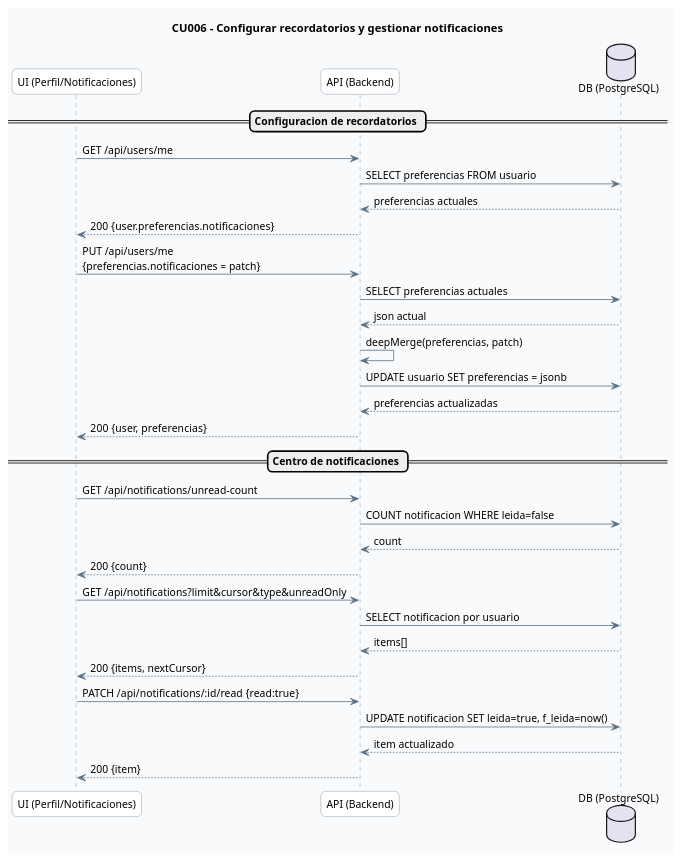
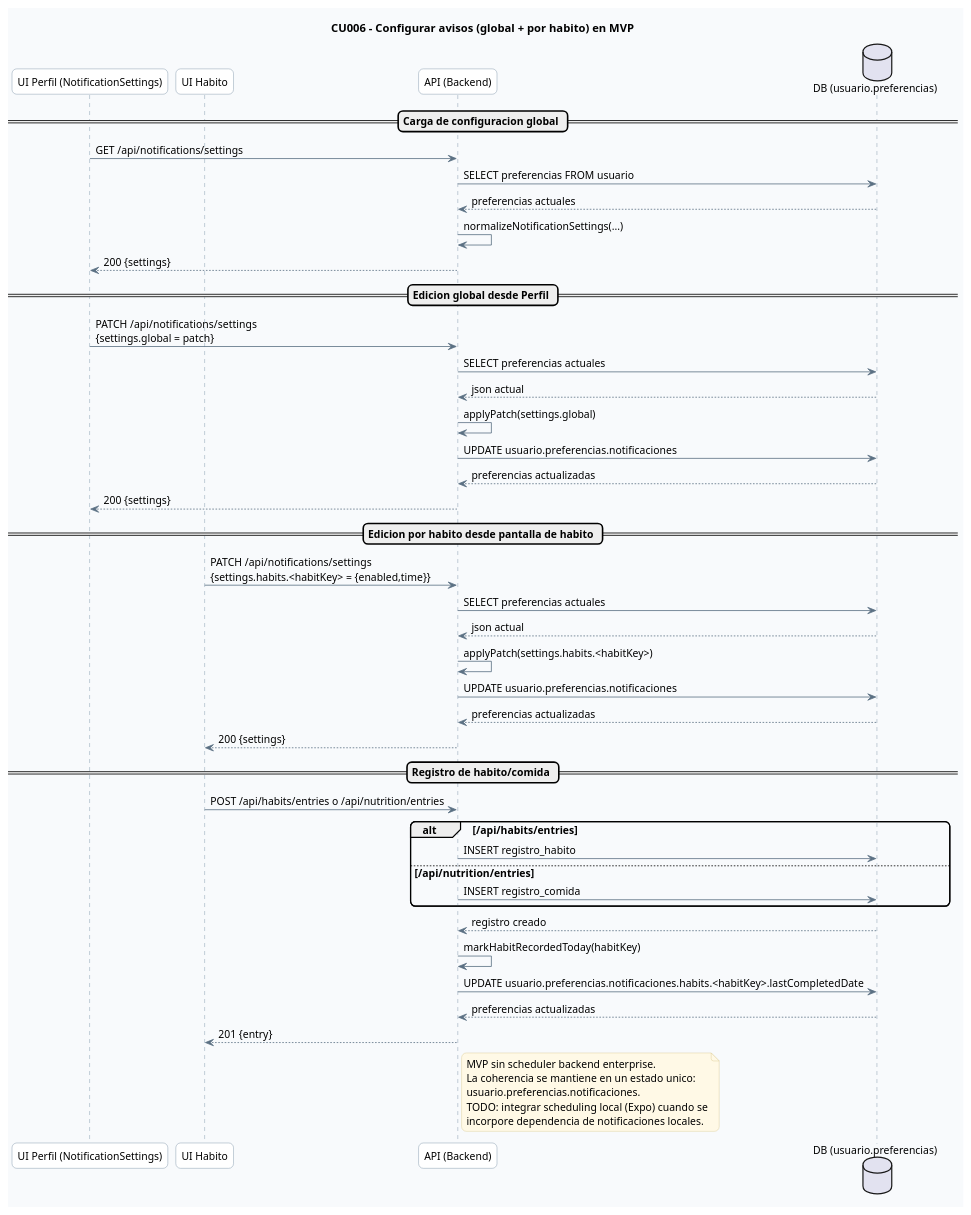
One commit to TPerez13/TFG changed the diagram in docs/diagrams/cap4/06_seq_cu006_recordatorios.puml. Above: the diagram before and after it, drawn with PlantUML. The commit also changed 30 other files, not shown here.

First line of the commit message:
feat: add reminder time functionality for habits and update notification settings structure

```diff
--- a/docs/diagrams/cap4/06_seq_cu006_recordatorios.puml
+++ b/docs/diagrams/cap4/06_seq_cu006_recordatorios.puml
@@ -1,66 +1,73 @@
 @startuml
-' CAP4 - 06 Secuencia CU006 Recordatorios/Notificaciones
+' CAP4 - 06 Secuencia CU006 Avisos MVP
 
 skinparam backgroundColor #F8FAFC
 skinparam shadowing false
 skinparam roundcorner 12
 skinparam defaultFontName Segoe UI
 skinparam defaultFontSize 13
 skinparam ArrowColor #5B7083
 skinparam ArrowThickness 1
 skinparam sequence {
   LifeLineBorderColor #6E879D
   LifeLineBackgroundColor #FFFFFF
   ParticipantBorderColor #6E879D
   ParticipantBackgroundColor #FFFFFF
 }
 skinparam noteBackgroundColor #FFF9E6
 skinparam noteBorderColor #D7C58A
 
-title CU006 - Configurar recordatorios y gestionar notificaciones
+title CU006 - Configurar avisos (global + por habito) en MVP
 
-participant "UI (Perfil/Notificaciones)" as UI
+participant "UI Perfil (NotificationSettings)" as UI_PROFILE
+participant "UI Habito" as UI_HABIT
 participant "API (Backend)" as API
-database "DB (PostgreSQL)" as DB
+database "DB (usuario.preferencias)" as DB
 
-== Configuracion de recordatorios ==
-UI -> API: GET /api/users/me
+== Carga de configuracion global ==
+UI_PROFILE -> API: GET /api/notifications/settings
 API -> DB: SELECT preferencias FROM usuario
 DB --> API: preferencias actuales
-API --> UI: 200 {user.preferencias.notificaciones}
+API -> API: normalizeNotificationSettings(...)
+API --> UI_PROFILE: 200 {settings}
 
-UI -> API: PUT /api/users/me\n{preferencias.notificaciones = patch}
+== Edicion global desde Perfil ==
+UI_PROFILE -> API: PATCH /api/notifications/settings\n{settings.global = patch}
 API -> DB: SELECT preferencias actuales
 DB --> API: json actual
-API -> API: deepMerge(preferencias, patch)
-API -> DB: UPDATE usuario SET preferencias = jsonb
+API -> API: applyPatch(settings.global)
+API -> DB: UPDATE usuario.preferencias.notificaciones
 DB --> API: preferencias actualizadas
-API --> UI: 200 {user, preferencias}
+API --> UI_PROFILE: 200 {settings}
 
-== Centro de notificaciones ==
-UI -> API: GET /api/notifications/unread-count
-API -> DB: COUNT notificacion WHERE leida=false
-DB --> API: count
-API --> UI: 200 {count}
+== Edicion por habito desde pantalla de habito ==
+UI_HABIT -> API: PATCH /api/notifications/settings\n{settings.habits.<habitKey> = {enabled,time}}
+API -> DB: SELECT preferencias actuales
+DB --> API: json actual
+API -> API: applyPatch(settings.habits.<habitKey>)
+API -> DB: UPDATE usuario.preferencias.notificaciones
+DB --> API: preferencias actualizadas
+API --> UI_HABIT: 200 {settings}
 
-UI -> API: GET /api/notifications?limit&cursor&type&unreadOnly
-API -> DB: SELECT notificacion por usuario
-DB --> API: items[]
-API --> UI: 200 {items, nextCursor}
+== Registro de habito/comida ==
+UI_HABIT -> API: POST /api/habits/entries o /api/nutrition/entries
+alt /api/habits/entries
+  API -> DB: INSERT registro_habito
+else /api/nutrition/entries
+  API -> DB: INSERT registro_comida
+end
+DB --> API: registro creado
+API -> API: markHabitRecordedToday(habitKey)
+API -> DB: UPDATE usuario.preferencias.notificaciones.habits.<habitKey>.lastCompletedDate
+DB --> API: preferencias actualizadas
+API --> UI_HABIT: 201 {entry}
 
-UI -> API: PATCH /api/notifications/:id/read {read:true}
-API -> DB: UPDATE notificacion SET leida=true, f_leida=now()
-DB --> API: item actualizado
-API --> UI: 200 {item}
-/'
-note over API,DB
-La app usa preferencias JSON para recordatorios.
-La tabla recordatorio existe, pero no hay CRUD activo en rutas.
+note right of API
+MVP sin scheduler backend enterprise.
+La coherencia se mantiene en un estado unico:
+usuario.preferencias.notificaciones.
+TODO: integrar scheduling local (Expo) cuando se
+incorpore dependencia de notificaciones locales.
 end note
 
-note right of UI
-NotificationSettingsScreen consume /users/me.
-NotificationsScreen consume /notifications.*
-end note'/
-
 @enduml
```
